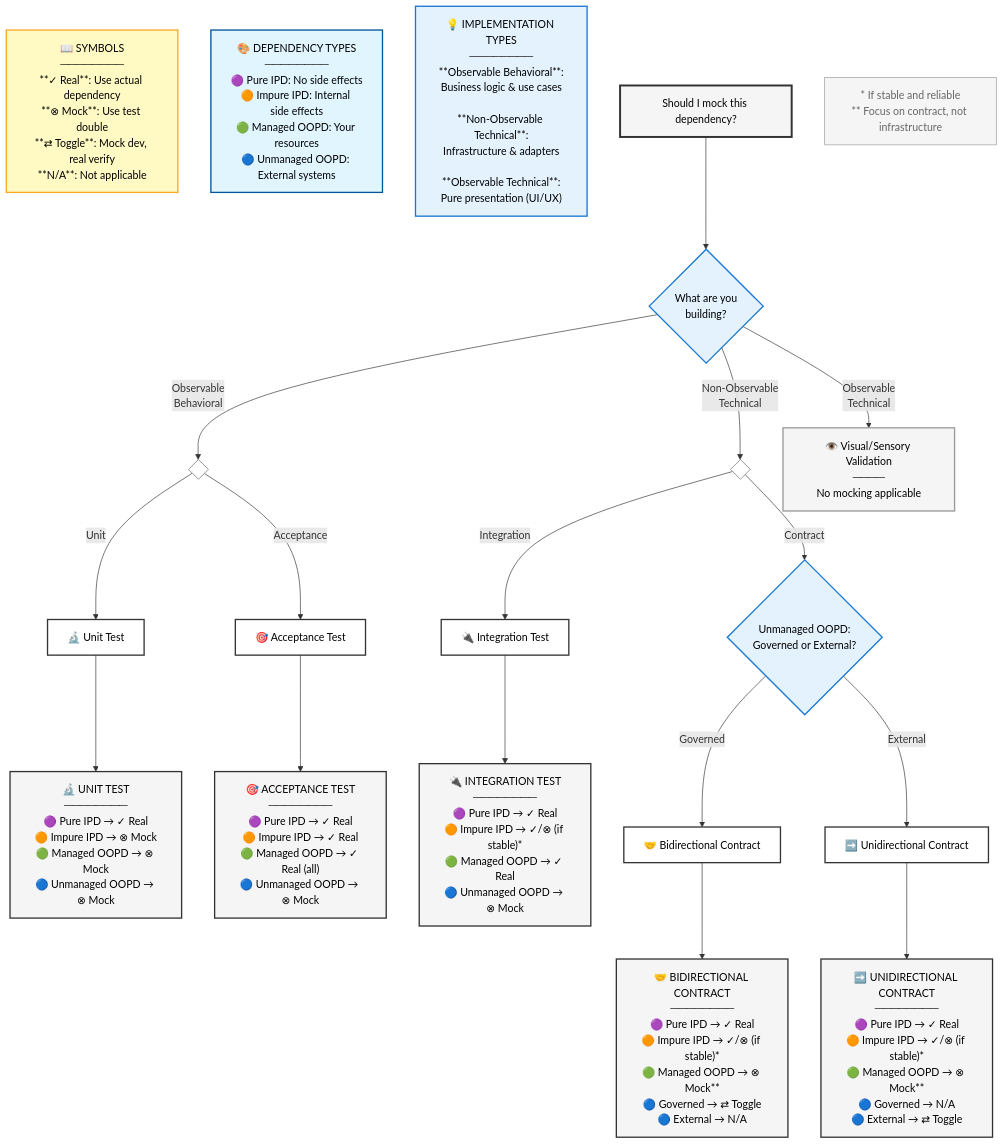
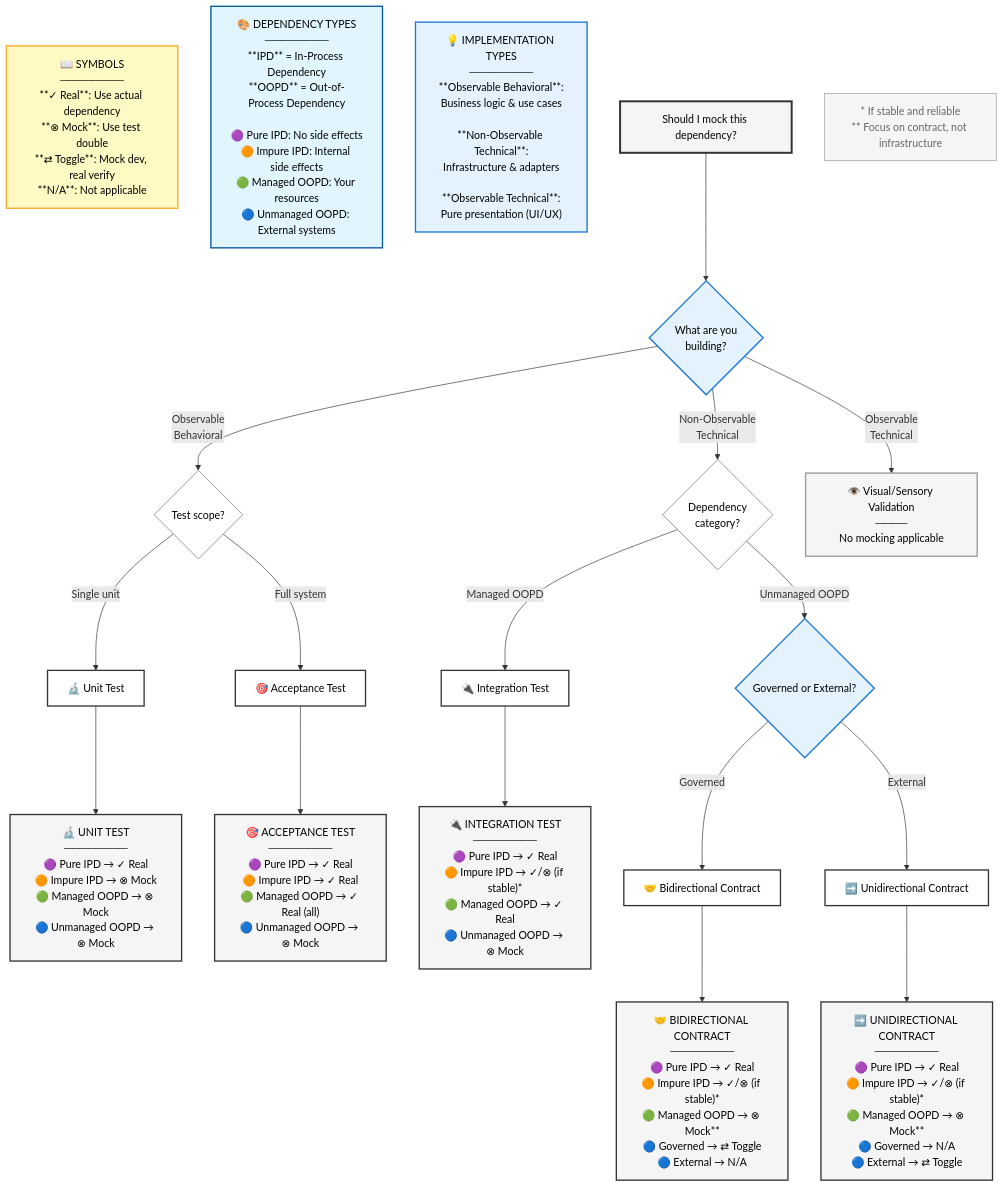
Before and after one commit to dawid-dahl-umain/augmented-ai-development: the diagram in appendices/appendix-e/dependencies-mocking-decision-flow.mermaid, drawn with Mermaid. The commit also changed 1 other file, not shown here.

Commit message:
chore(dependencies-and-mocking): enhance dependency types and decision flow clarity

```diff
--- a/appendices/appendix-e/dependencies-mocking-decision-flow.mermaid
+++ b/appendices/appendix-e/dependencies-mocking-decision-flow.mermaid
@@ -1,64 +1,64 @@
 graph TD
     %% Reference boxes (no arrows to main flow)
     Legend["📖 SYMBOLS<br/>────────<br/>**✓ Real**: Use actual dependency<br/>**⊗ Mock**: Use test double<br/>**⇄ Toggle**: Mock dev, real verify<br/>**N/A**: Not applicable"]
     
-    DepTypes["🎨 DEPENDENCY TYPES<br/>────────<br/>🟣 Pure IPD: No side effects<br/>🟠 Impure IPD: Internal side effects<br/>🟢 Managed OOPD: Your resources<br/>🔵 Unmanaged OOPD: External systems"]
+    DepTypes["🎨 DEPENDENCY TYPES<br/>────────<br/>**IPD** = In-Process Dependency<br/>**OOPD** = Out-of-Process Dependency<br/><br/>🟣 Pure IPD: No side effects<br/>🟠 Impure IPD: Internal side effects<br/>🟢 Managed OOPD: Your resources<br/>🔵 Unmanaged OOPD: External systems"]
     
     Info["💡 IMPLEMENTATION TYPES<br/>────────<br/>**Observable Behavioral**:<br/>Business logic & use cases<br/><br/>**Non-Observable Technical**:<br/>Infrastructure & adapters<br/><br/>**Observable Technical**:<br/>Pure presentation (UI/UX)"]
     
     %% Main decision flow
     Start["Should I mock this dependency?"]
     
     Start --> Q1{"What are you<br/>building?"}
     
-    Q1 -->|Observable<br/>Behavioral| BehaviorSplit{" "}
-    Q1 -->|Non-Observable<br/>Technical| TechSplit{" "}
+    Q1 -->|Observable<br/>Behavioral| BehaviorSplit{"Test scope?"}
+    Q1 -->|Non-Observable<br/>Technical| TechSplit{"Dependency<br/>category?"}
     Q1 -->|Observable<br/>Technical| Visual["👁️ Visual/Sensory Validation<br/>────<br/>No mocking applicable"]
     
-    BehaviorSplit -->|Unit| UnitChoice["🔬 Unit Test"]
-    BehaviorSplit -->|Acceptance| AccChoice["🎯 Acceptance Test"]
+    BehaviorSplit -->|Single unit| UnitChoice["🔬 Unit Test"]
+    BehaviorSplit -->|Full system| AccChoice["🎯 Acceptance Test"]
     
-    TechSplit -->|Integration| IntChoice["🔌 Integration Test"]
-    TechSplit -->|Contract| ContractRoute{"Unmanaged OOPD:<br/>Governed or External?"}
+    TechSplit -->|Managed OOPD| IntChoice["🔌 Integration Test"]
+    TechSplit -->|Unmanaged OOPD| ContractRoute{"Governed or External?"}
     
     ContractRoute -->|Governed| BiChoice["🤝 Bidirectional Contract"]
     ContractRoute -->|External| UniChoice["➡️ Unidirectional Contract"]
     
     %% Compact answer nodes
     UnitChoice --> UnitAnswer["🔬 UNIT TEST<br/>────────<br/>🟣 Pure IPD → ✓ Real<br/>🟠 Impure IPD → ⊗ Mock<br/>🟢 Managed OOPD → ⊗ Mock<br/>🔵 Unmanaged OOPD → ⊗ Mock"]
     
     IntChoice --> IntAnswer["🔌 INTEGRATION TEST<br/>────────<br/>🟣 Pure IPD → ✓ Real<br/>🟠 Impure IPD → ✓/⊗ (if stable)*<br/>🟢 Managed OOPD → ✓ Real<br/>🔵 Unmanaged OOPD → ⊗ Mock"]
     
     BiChoice --> BiAnswer["🤝 BIDIRECTIONAL CONTRACT<br/>────────<br/>🟣 Pure IPD → ✓ Real<br/>🟠 Impure IPD → ✓/⊗ (if stable)*<br/>🟢 Managed OOPD → ⊗ Mock**<br/>🔵 Governed → ⇄ Toggle<br/>🔵 External → N/A"]
     
     UniChoice --> UniAnswer["➡️ UNIDIRECTIONAL CONTRACT<br/>────────<br/>🟣 Pure IPD → ✓ Real<br/>🟠 Impure IPD → ✓/⊗ (if stable)*<br/>🟢 Managed OOPD → ⊗ Mock**<br/>🔵 Governed → N/A<br/>🔵 External → ⇄ Toggle"]
     
     AccChoice --> AccAnswer["🎯 ACCEPTANCE TEST<br/>────────<br/>🟣 Pure IPD → ✓ Real<br/>🟠 Impure IPD → ✓ Real<br/>🟢 Managed OOPD → ✓ Real (all)<br/>🔵 Unmanaged OOPD → ⊗ Mock"]
     
     %% Footnotes
     Footnotes["* If stable and reliable<br/>** Focus on contract, not infrastructure"]
     
     %% Styling - minimal, functional only
     style Legend fill:#fff9c4,stroke:#f9a825,stroke-width:2px,color:#000
     style DepTypes fill:#e1f5fe,stroke:#01579b,stroke-width:2px,color:#000
     style Info fill:#e3f2fd,stroke:#1976d2,stroke-width:2px,color:#000
     style Footnotes fill:#f5f5f5,stroke:#999,stroke-width:1px,color:#666
     
     style Start fill:#f5f5f5,stroke:#333,stroke-width:3px,color:#000
     style Q1 fill:#e3f2fd,stroke:#1976d2,stroke-width:2px,color:#000
     style BehaviorSplit fill:#fff,stroke:#666,stroke-width:1px,color:#000
     style TechSplit fill:#fff,stroke:#666,stroke-width:1px,color:#000
     style ContractRoute fill:#e3f2fd,stroke:#1976d2,stroke-width:2px,color:#000
     
     style Visual fill:#f5f5f5,stroke:#999,stroke-width:2px,color:#000
     style UnitChoice fill:#fff,stroke:#333,stroke-width:2px,color:#000
     style IntChoice fill:#fff,stroke:#333,stroke-width:2px,color:#000
     style BiChoice fill:#fff,stroke:#333,stroke-width:2px,color:#000
     style UniChoice fill:#fff,stroke:#333,stroke-width:2px,color:#000
     style AccChoice fill:#fff,stroke:#333,stroke-width:2px,color:#000
     
     style UnitAnswer fill:#f5f5f5,stroke:#333,stroke-width:2px,color:#000
     style IntAnswer fill:#f5f5f5,stroke:#333,stroke-width:2px,color:#000
     style BiAnswer fill:#f5f5f5,stroke:#333,stroke-width:2px,color:#000
     style UniAnswer fill:#f5f5f5,stroke:#333,stroke-width:2px,color:#000
     style AccAnswer fill:#f5f5f5,stroke:#333,stroke-width:2px,color:#000
```
